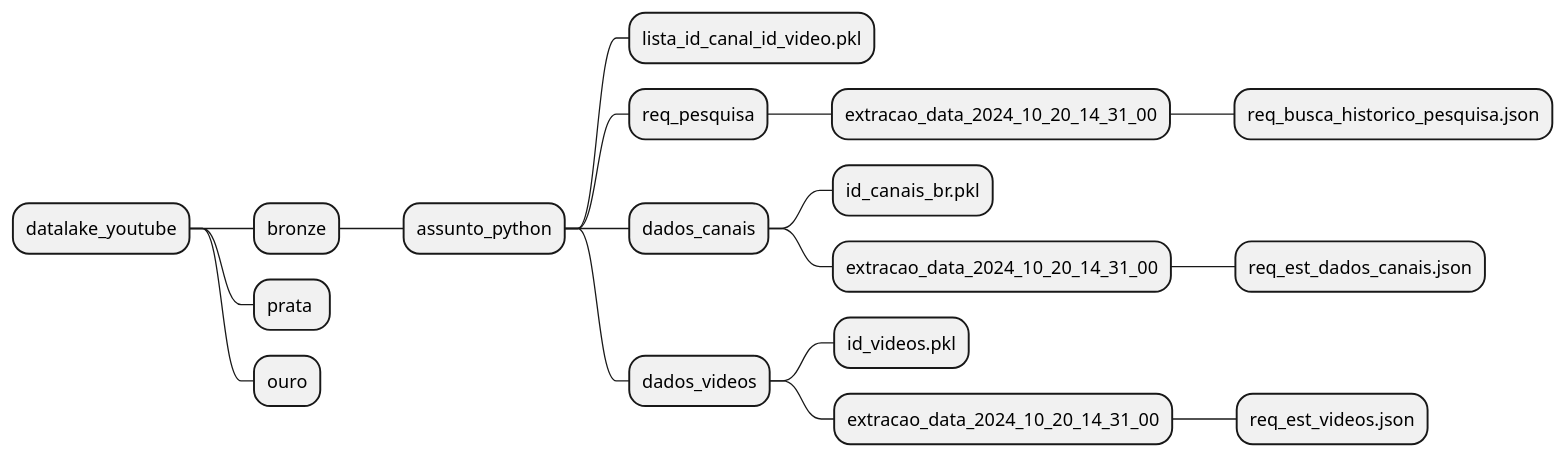
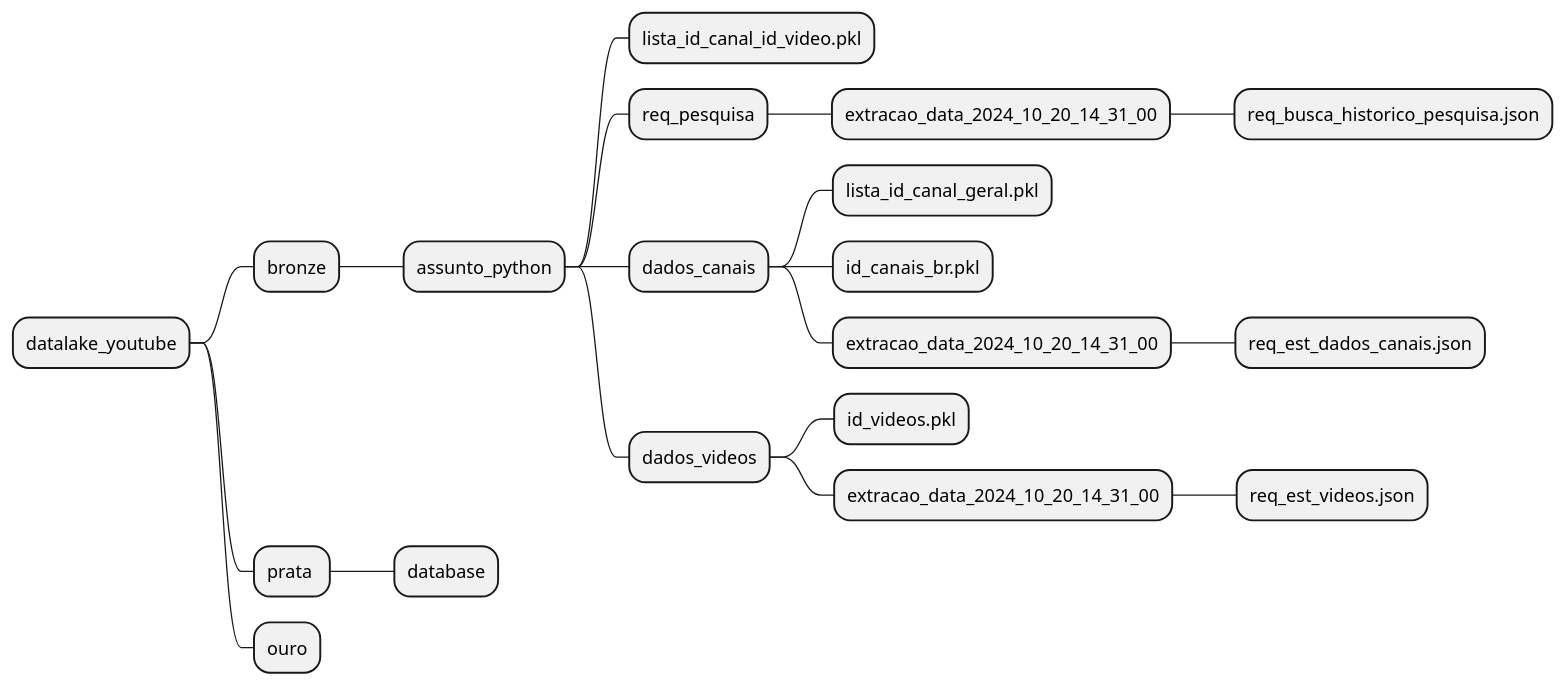
The diagram in datalake.plantuml (rodrigorocha1/extracao_dados_api_youtube_terceira_versao), drawn with PlantUML before and after one commit.

Commit message:
correção

```diff
--- a/datalake.plantuml
+++ b/datalake.plantuml
@@ -1,24 +1,27 @@
 @@startmindmap
 
 * datalake_youtube
 ** bronze
 *** assunto_python
 **** lista_id_canal_id_video.pkl
+
 **** req_pesquisa
 ***** extracao_data_2024_10_20_14_31_00
 ****** req_busca_historico_pesquisa.json
 **** dados_canais
+***** lista_id_canal_geral.pkl
 ***** id_canais_br.pkl
 ***** extracao_data_2024_10_20_14_31_00
 ****** req_est_dados_canais.json
 **** dados_videos
 ***** id_videos.pkl
 ***** extracao_data_2024_10_20_14_31_00
 ****** req_est_videos.json
 
 ** prata 
+*** database
 ** ouro
 
 
 
 @@endmindmap
```
